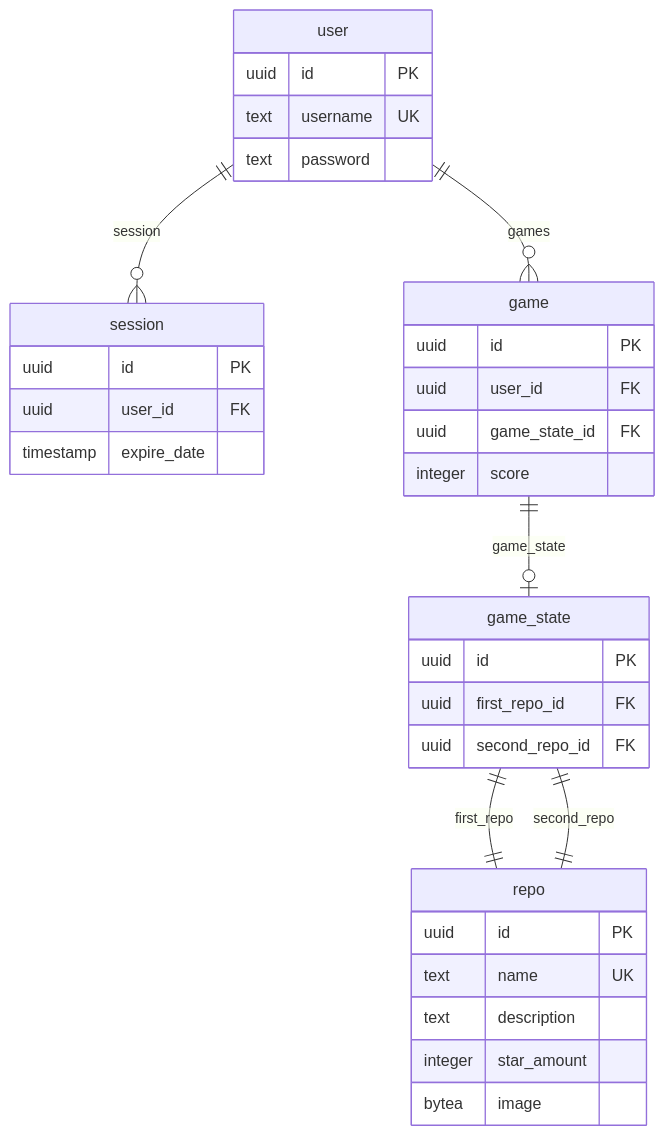
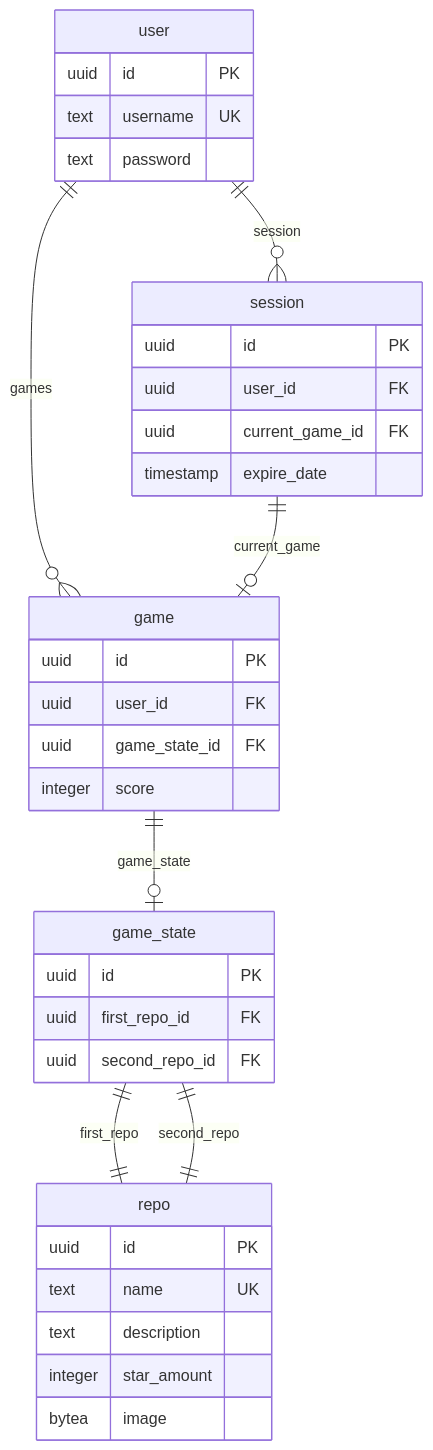
The diagram in backend/docs/db_diagram.md (mwojtyna/hol-github), drawn with Mermaid before and after one commit. The commit also changed 7 other files, not shown here.

Commit message:
feat(backend): keep current game id in session

````diff
--- a/backend/docs/db_diagram.md
+++ b/backend/docs/db_diagram.md
@@ -7,41 +7,43 @@
 ```mermaid
 erDiagram
     user {
         uuid id PK
         text username UK
         text password
     }
 
     session {
         uuid id PK
         uuid user_id FK
+        uuid current_game_id FK
         timestamp expire_date
     }
 
     repo {
         uuid id PK
         text name UK
         text description
         integer star_amount
         bytea image
     }
 
     game {
         uuid id PK
         uuid user_id FK
         uuid game_state_id FK
         integer score
     }
 
     game_state {
         uuid id PK
         uuid first_repo_id FK
         uuid second_repo_id FK
     }
 
     user 1--0+ game: "games"
     user 1--0+ session: "session"
+    session 1--zero or one game: "current_game"
     game 1--zero or one game_state: "game_state"
     game_state 1--1 repo: "first_repo"
     game_state 1--1 repo: "second_repo"
 ```
````
